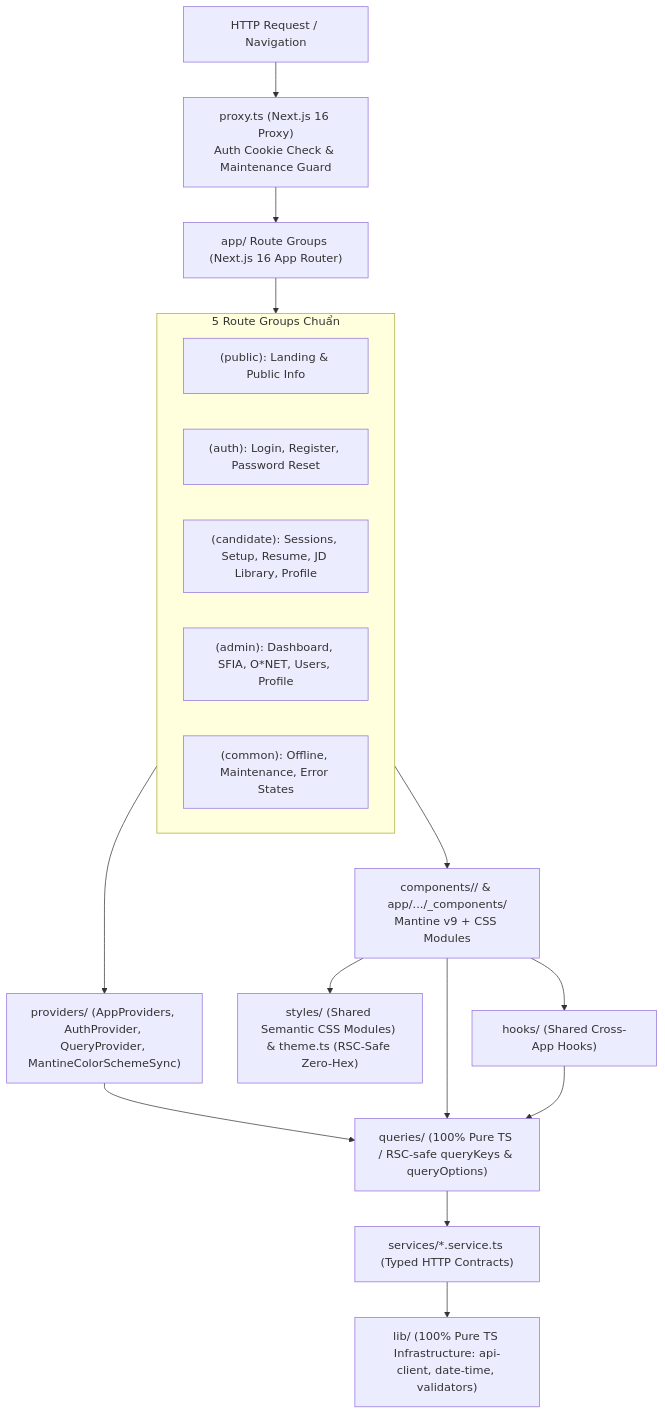
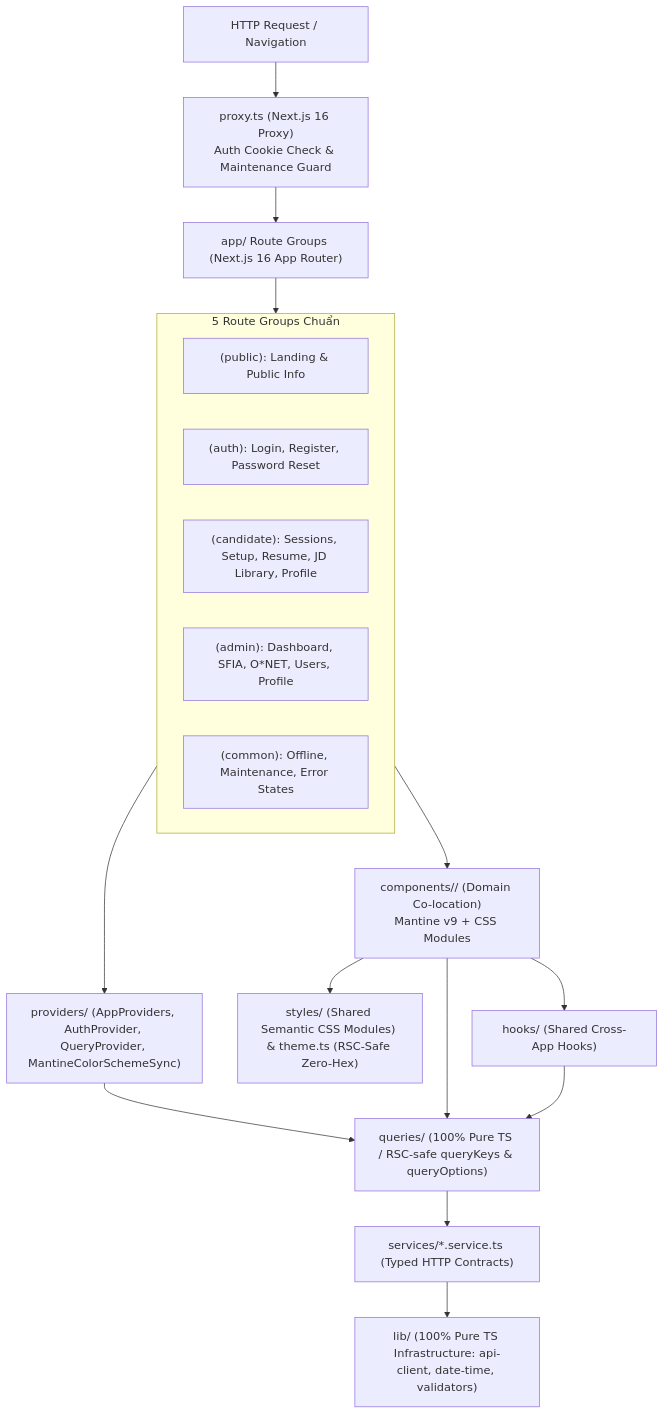
Before and after one commit to lethanhan01/interview-coach: the diagram in client/docs/docs/01-foundations/architecture-and-structure.md, drawn with Mermaid. The commit also changed other lines of this file and 67 other files, not shown here.

````diff
--- a/client/docs/docs/01-foundations/architecture-and-structure.md
+++ b/client/docs/docs/01-foundations/architecture-and-structure.md
@@ -34,24 +34,24 @@
 ```mermaid
 flowchart TD
     REQ["HTTP Request / Navigation"] --> PROXY["proxy.ts (Next.js 16 Proxy)<br/>Auth Cookie Check & Maintenance Guard"]
     PROXY --> APP["app/ Route Groups (Next.js 16 App Router)"]
 
     subgraph GROUPS ["5 Route Groups Chuẩn"]
         G1["(public): Landing & Public Info"]
         G2["(auth): Login, Register, Password Reset"]
         G3["(candidate): Sessions, Setup, Resume, JD Library, Profile"]
         G4["(admin): Dashboard, SFIA, O*NET, Users, Profile"]
         G5["(common): Offline, Maintenance, Error States"]
     end
 
     APP --> GROUPS
     GROUPS --> PROV["providers/ (AppProviders, AuthProvider, QueryProvider, MantineColorSchemeSync)"]
-    GROUPS --> UI["components/<domain>/ & app/.../_components/<br/>Mantine v9 + CSS Modules"]
+    GROUPS --> UI["components/<domain>/ (Domain Co-location)<br/>Mantine v9 + CSS Modules"]
     UI --> STYLES["styles/ (Shared Semantic CSS Modules) & theme.ts (RSC-Safe Zero-Hex)"]
     PROV --> QUERIES["queries/ (100% Pure TS / RSC-safe queryKeys & queryOptions)"]
     UI --> HOOKS["hooks/ (Shared Cross-App Hooks)"]
     UI --> QUERIES
     HOOKS --> QUERIES
     QUERIES --> SVC["services/*.service.ts (Typed HTTP Contracts)"]
     SVC --> API["lib/ (100% Pure TS Infrastructure: api-client, date-time, validators)"]
 ```
````
